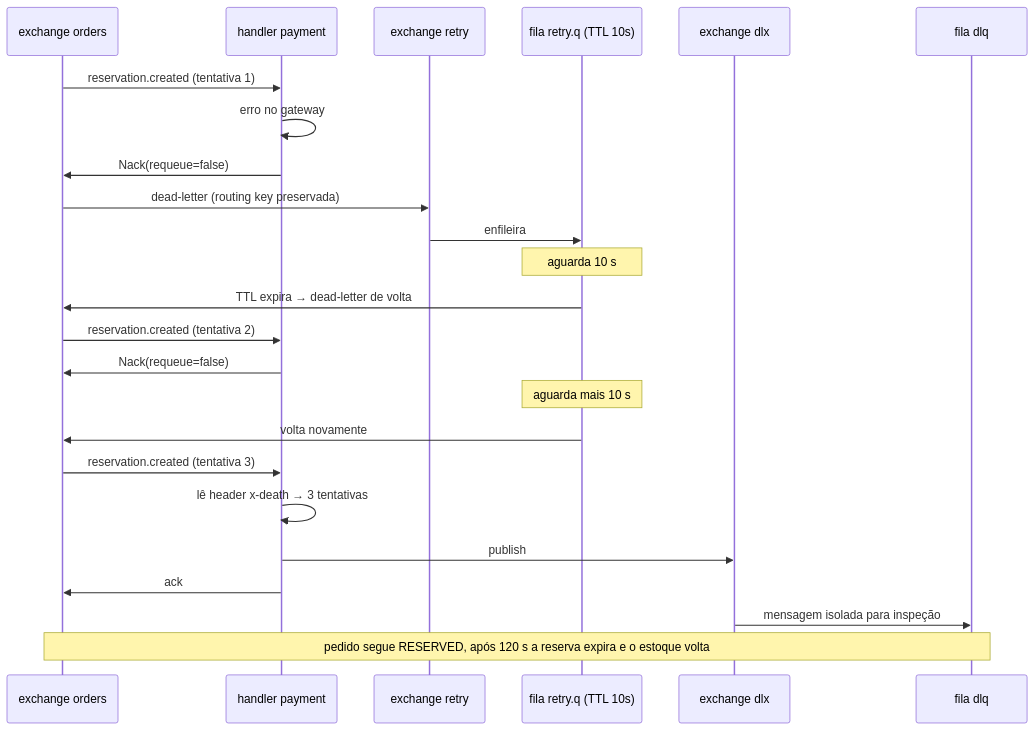
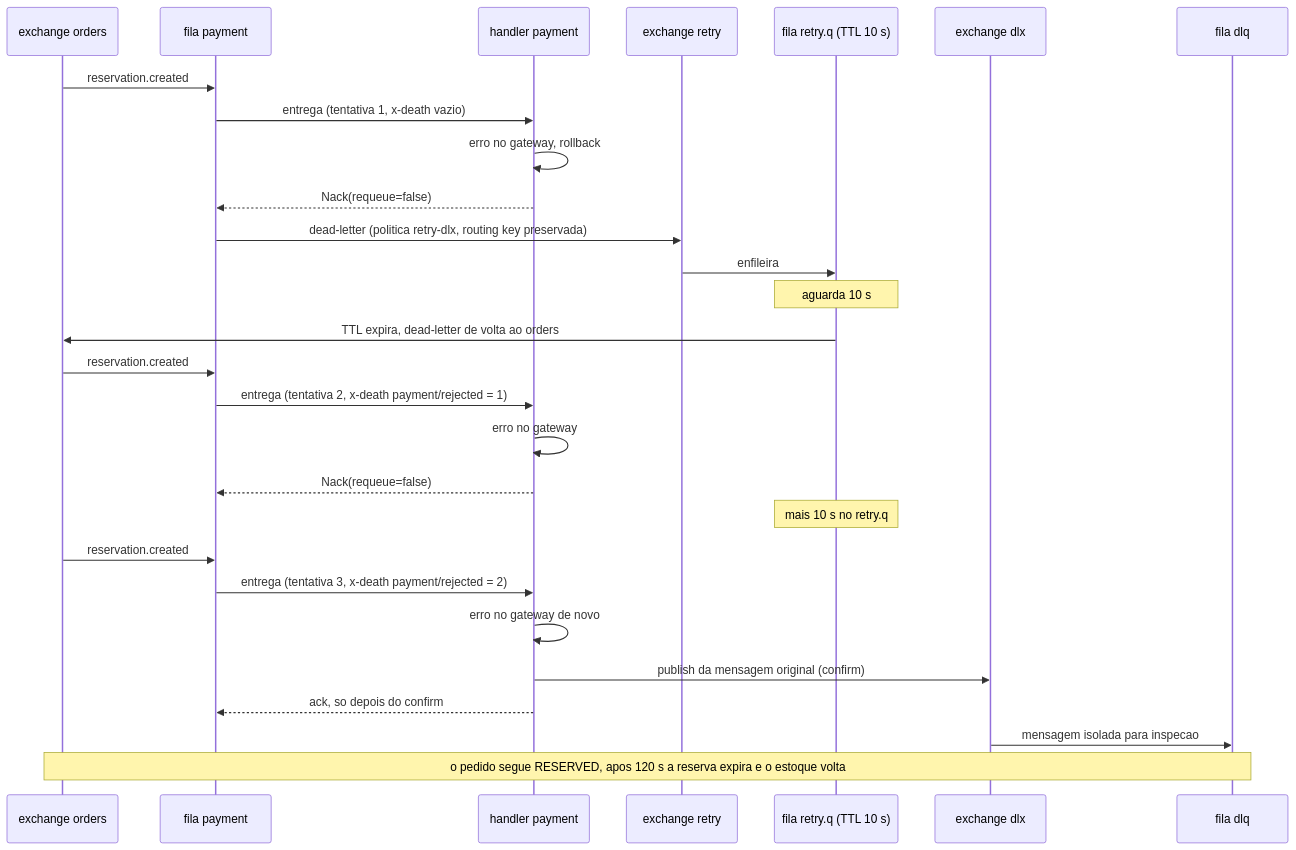
The seventh of 7 diagrams in docs/etapa2.md (NicolasPaterno/message-queue-ecommerce), drawn with Mermaid before and after one commit. The commit also changed other lines of this file and 1 other file, not shown here.

Commit message:
docs(etapa1,etapa2): diagrams, actors and corrected reliability claims

````diff
--- a/docs/etapa2.md
+++ b/docs/etapa2.md
@@ -401,29 +507,33 @@
 ```mermaid
 sequenceDiagram
     participant X as exchange orders
+    participant Q as fila payment
     participant P as handler payment
     participant R as exchange retry
-    participant RQ as fila retry.q (TTL 10s)
+    participant RQ as fila retry.q (TTL 10 s)
     participant D as exchange dlx
     participant DLQ as fila dlq
 
-    X->>P: reservation.created (tentativa 1)
-    P->>P: erro no gateway
-    P->>X: Nack(requeue=false)
-    X->>R: dead-letter (routing key preservada)
+    X->>Q: reservation.created
+    Q->>P: entrega (tentativa 1, x-death vazio)
+    P->>P: erro no gateway, rollback
+    P-->>Q: Nack(requeue=false)
+    Q->>R: dead-letter (politica retry-dlx, routing key preservada)
     R->>RQ: enfileira
     Note over RQ: aguarda 10 s
-    RQ->>X: TTL expira → dead-letter de volta
+    RQ->>X: TTL expira, dead-letter de volta ao orders
 
-    X->>P: reservation.created (tentativa 2)
-    P->>X: Nack(requeue=false)
-    Note over RQ: aguarda mais 10 s
-    RQ->>X: volta novamente
+    X->>Q: reservation.created
+    Q->>P: entrega (tentativa 2, x-death payment/rejected = 1)
+    P->>P: erro no gateway
+    P-->>Q: Nack(requeue=false)
+    Note over RQ: mais 10 s no retry.q
 
-    X->>P: reservation.created (tentativa 3)
-    P->>P: lê header x-death → 3 tentativas
-    P->>D: publish
-    P->>X: ack
-    D->>DLQ: mensagem isolada para inspeção
-    Note over X,DLQ: pedido segue RESERVED, após 120 s a reserva expira e o estoque volta
+    X->>Q: reservation.created
+    Q->>P: entrega (tentativa 3, x-death payment/rejected = 2)
+    P->>P: erro no gateway de novo
+    P->>D: publish da mensagem original (confirm)
+    P-->>Q: ack, so depois do confirm
+    D->>DLQ: mensagem isolada para inspecao
+    Note over X,DLQ: o pedido segue RESERVED, apos 120 s a reserva expira e o estoque volta
 ```
````
